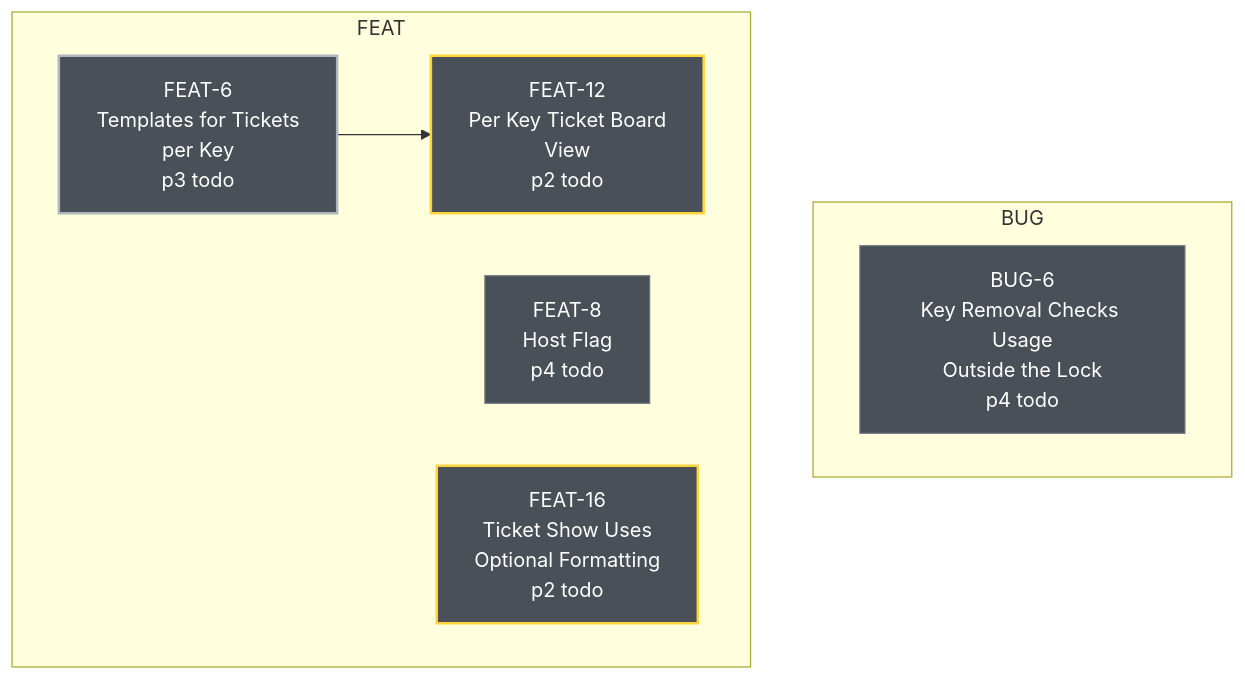
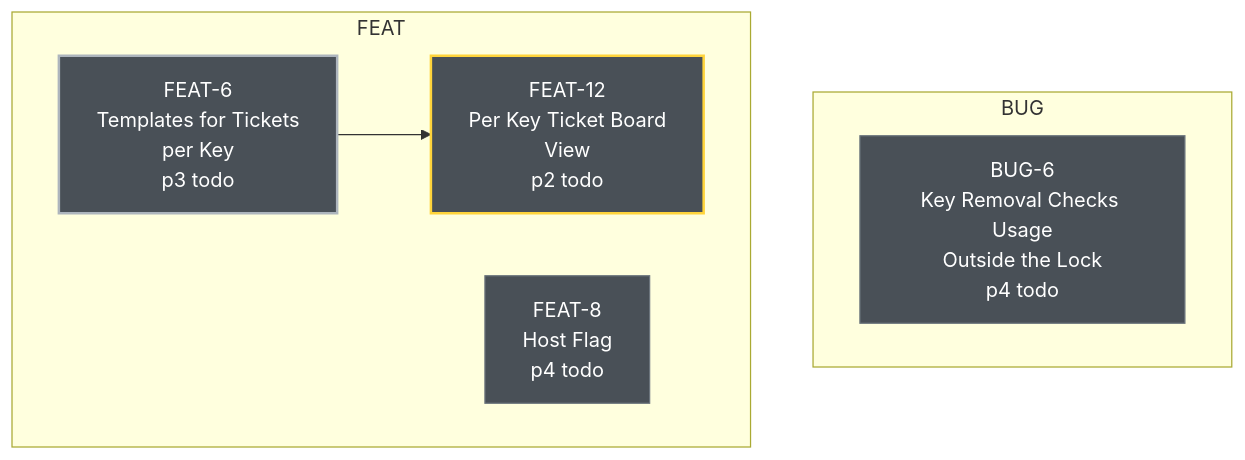
The diagram in roadmap.md (Sorcerio/Docket), drawn with Mermaid before and after one commit. The commit also changed 1 other file, not shown here.

Commit message:
FEAT-16 done

````diff
--- a/roadmap.md
+++ b/roadmap.md
@@ -5,19 +5,18 @@
 ```mermaid
 graph TD
   subgraph BUG
     BUG_6["BUG-6<br/>Key Removal Checks Usage<br/>Outside the Lock<br/>p4 todo"]
   end
   subgraph FEAT
     FEAT_6["FEAT-6<br/>Templates for Tickets<br/>per Key<br/>p3 todo"]
     FEAT_8["FEAT-8<br/>Host Flag<br/>p4 todo"]
     FEAT_12["FEAT-12<br/>Per Key Ticket Board<br/>View<br/>p2 todo"]
-    FEAT_16["FEAT-16<br/>Ticket Show Uses<br/>Optional Formatting<br/>p2 todo"]
   end
   FEAT_6 --> FEAT_12
   classDef todoP2 fill:#495057,color:#fff,stroke:#ffd43b,stroke-width:2px
   classDef todoP3 fill:#495057,color:#fff,stroke:#adb5bd,stroke-width:2px
   classDef todoP4 fill:#495057,color:#fff,stroke:#6c757d,stroke-width:1px
-  class FEAT_12,FEAT_16 todoP2
+  class FEAT_12 todoP2
   class FEAT_6 todoP3
   class BUG_6,FEAT_8 todoP4
 ```
````
